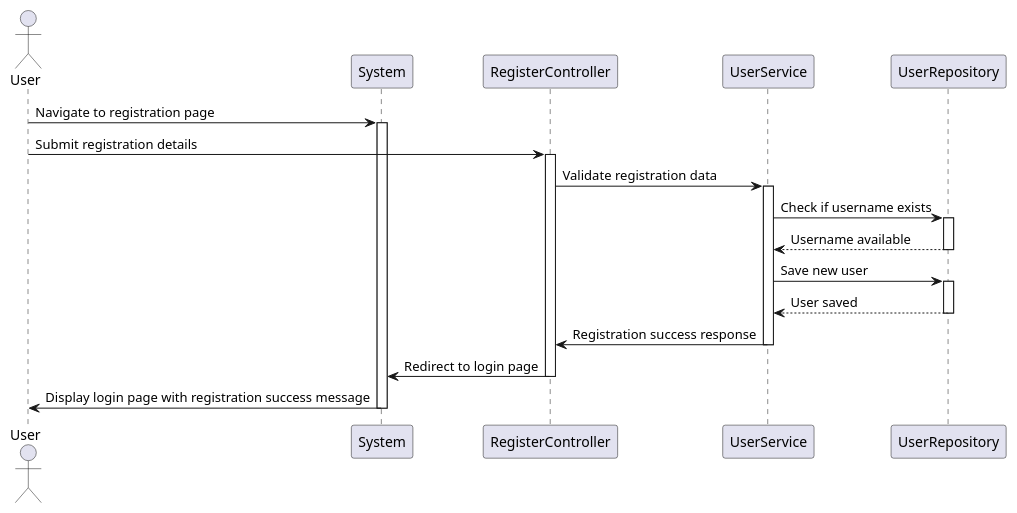
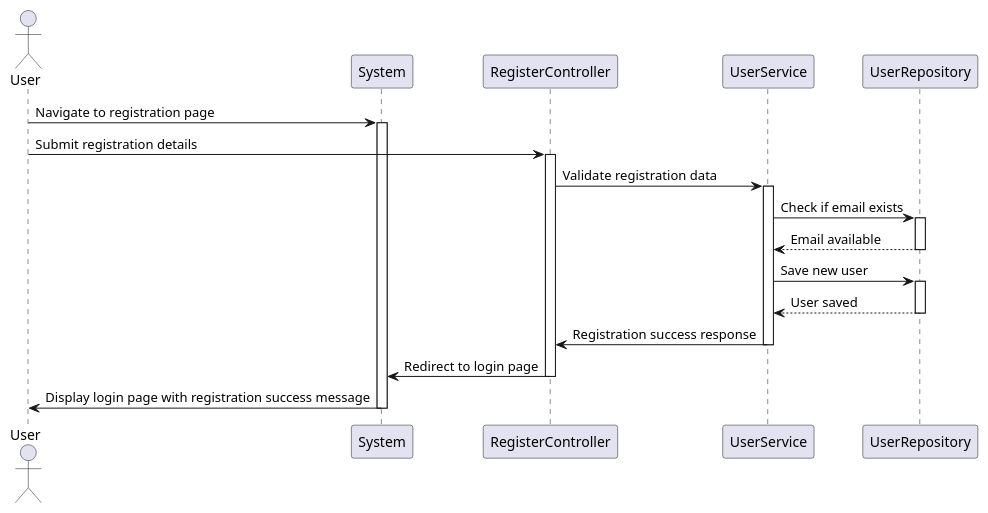
One commit to Waarrez/Blog-PHP-Projet-Openclassrooms changed the diagram in schémas/séquences/register_séquence.puml. Above: the diagram before and after it, drawn with PlantUML. The commit also changed 34 other files, not shown here.

```diff
--- a/schémas/séquences/register_séquence.puml
+++ b/schémas/séquences/register_séquence.puml
@@ -1,37 +1,37 @@
 @startuml
 
 actor User as User
 participant "System" as System
 participant RegisterController as Controller
 participant UserService as UserService
 participant UserRepository as UserRepo
 
 User -> System: Navigate to registration page
 activate System
 
 User -> Controller: Submit registration details
 activate Controller
 
 Controller -> UserService: Validate registration data
 activate UserService
 
-UserService -> UserRepo: Check if username exists
+UserService -> UserRepo: Check if email exists
 activate UserRepo
-UserRepo --> UserService: Username available
+UserRepo --> UserService: Email available
 deactivate UserRepo
 
 UserService -> UserRepo: Save new user
 activate UserRepo
 UserRepo --> UserService: User saved
 deactivate UserRepo
 
 UserService -> Controller: Registration success response
 deactivate UserService
 
 Controller -> System: Redirect to login page
 deactivate Controller
 
 System -> User: Display login page with registration success message
 
 deactivate System
 @enduml
```
